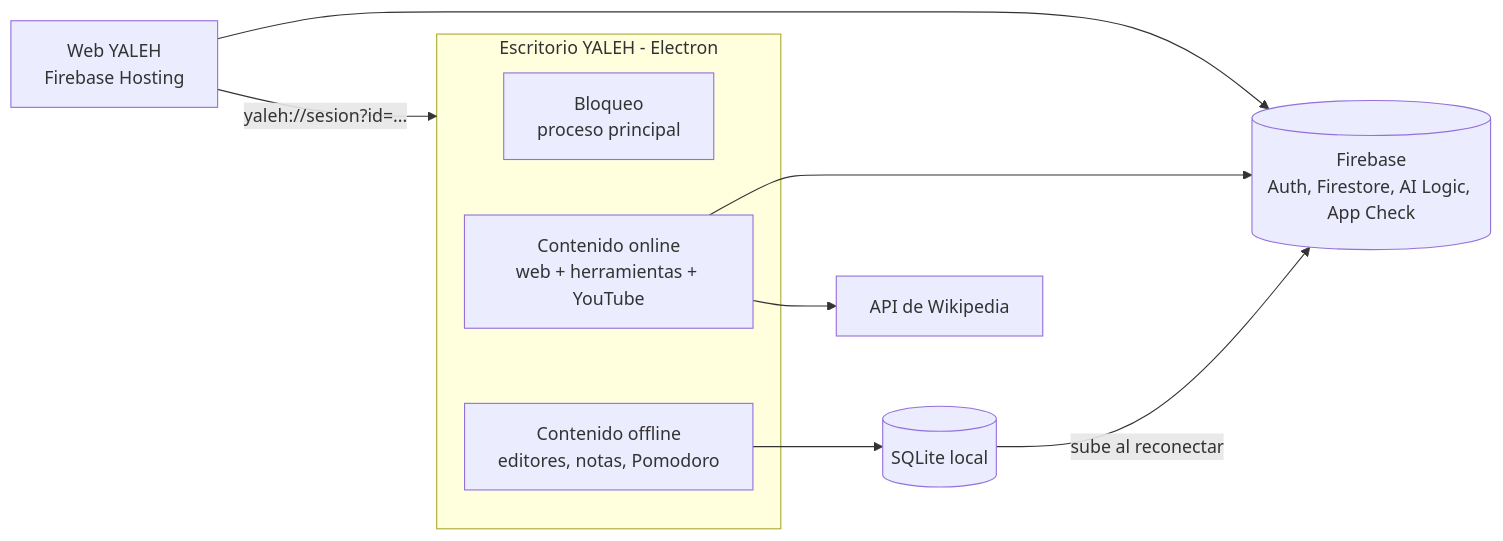
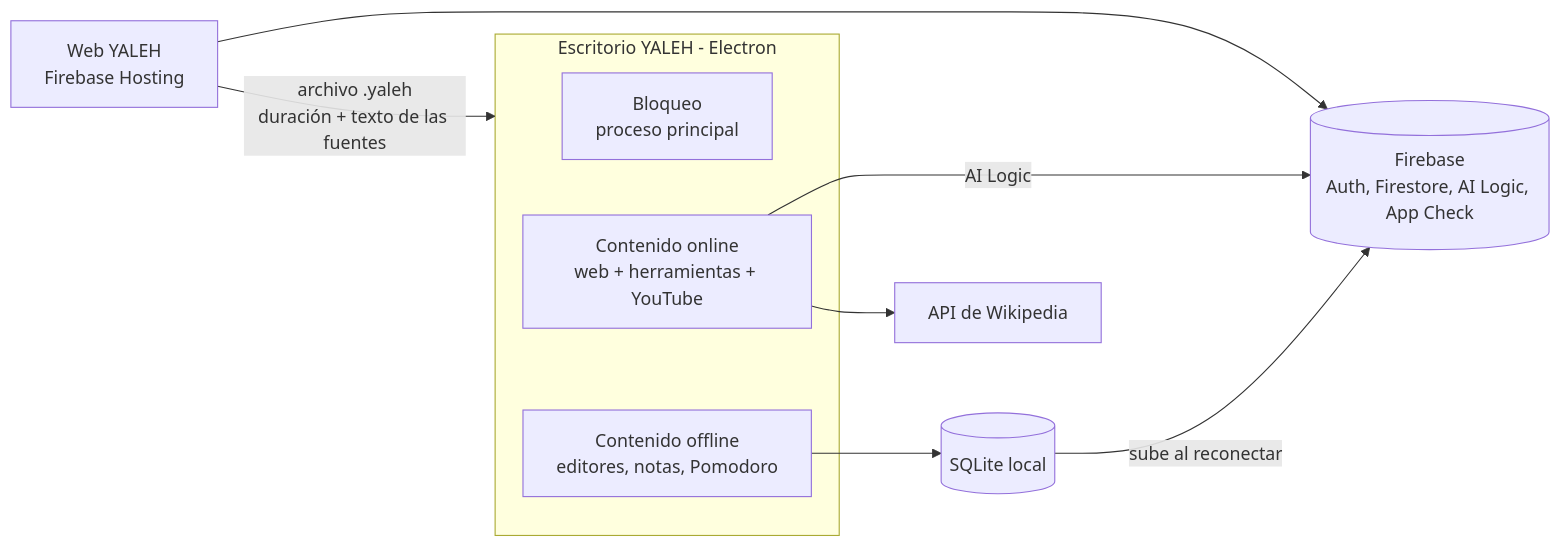
The diagram in docs/BRIEF_YALEH.md (MarioVBR01/yaleh), drawn with Mermaid before and after one commit. The commit also changed other lines of this file and 34 other files, not shown here.

First line of the commit message:
feat: web and desktop joined only by a .yaleh session file (rev 1.5)

````diff
--- a/docs/BRIEF_YALEH.md
+++ b/docs/BRIEF_YALEH.md
@@ -63,14 +64,14 @@
 ```mermaid
 flowchart LR
-  W[Web YALEH<br/>Firebase Hosting] -->|yaleh://sesion?id=...| D
+  W[Web YALEH<br/>Firebase Hosting] -->|archivo .yaleh<br/>duración + texto de las fuentes| D
   subgraph D[Escritorio YALEH - Electron]
     B[Bloqueo<br/>proceso principal]
     ON[Contenido online<br/>web + herramientas + YouTube]
     OFF[Contenido offline<br/>editores, notas, Pomodoro]
   end
   W --> F[(Firebase<br/>Auth, Firestore, AI Logic, App Check)]
-  ON --> F
+  ON -->|AI Logic| F
   ON --> WK[API de Wikipedia]
   OFF --> S[(SQLite local)]
   S -->|sube al reconectar| F
 ```
````
